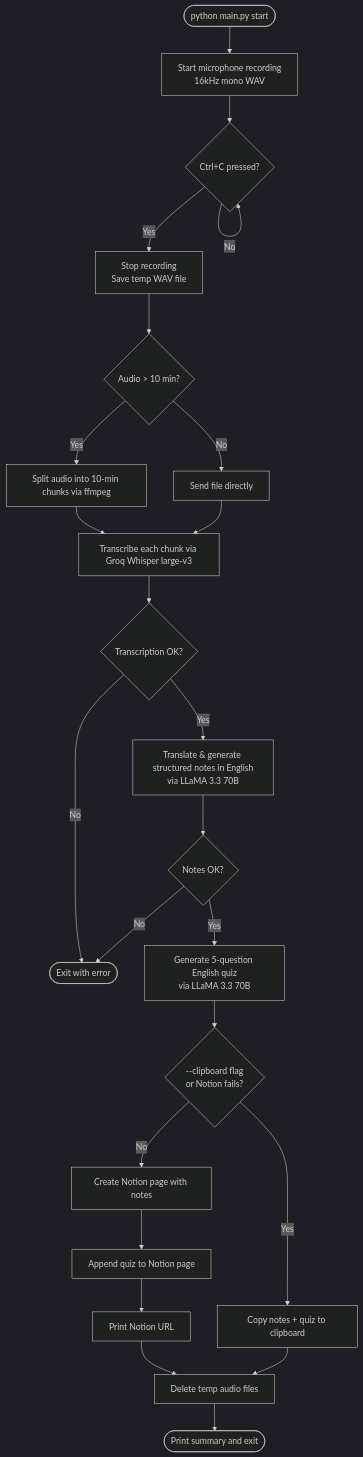
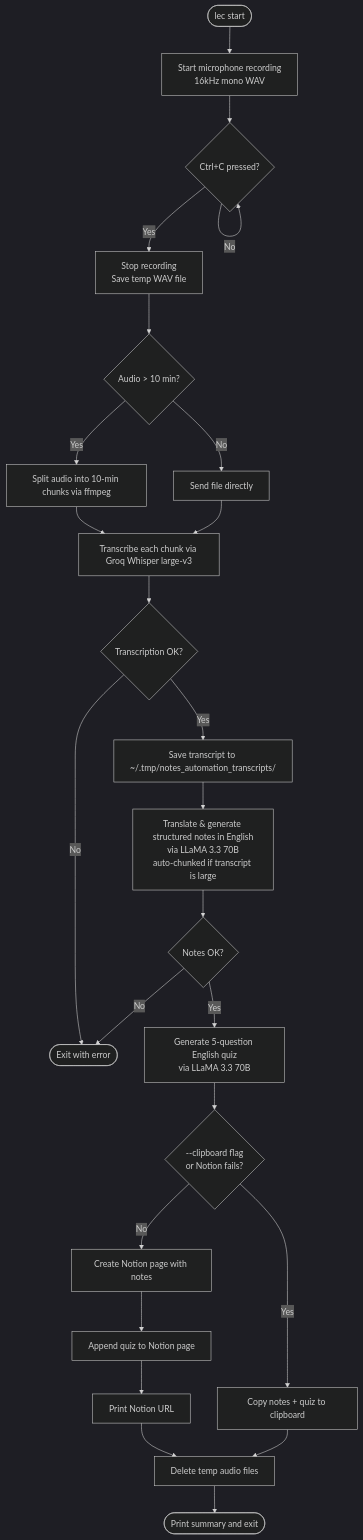
Before and after one commit to Daksh-create349/Notes-Automation: the diagram in README.md, drawn with Mermaid (dark theme). The commit also changed other lines of this file and 7 other files, not shown here.

````diff
--- a/README.md
+++ b/README.md
@@ -24,26 +36,27 @@
 ```mermaid
 flowchart TD
-    A([python main.py start]) --> B[Start microphone recording\n16kHz mono WAV]
+    A([lec start]) --> B[Start microphone recording\n16kHz mono WAV]
     B --> C{Ctrl+C pressed?}
     C -- No --> C
     C -- Yes --> D[Stop recording\nSave temp WAV file]
     D --> E{Audio > 10 min?}
     E -- Yes --> F[Split audio into 10-min chunks via ffmpeg]
     E -- No --> G[Send file directly]
     F --> H[Transcribe each chunk via Groq Whisper large-v3]
     G --> H
     H --> I{Transcription OK?}
     I -- No --> Z([Exit with error])
-    I -- Yes --> J[Translate & generate structured notes in English\nvia LLaMA 3.3 70B]
+    I -- Yes --> SAVE[Save transcript to ~/.tmp/notes_automation_transcripts/]
+    SAVE --> J[Translate & generate structured notes in English\nvia LLaMA 3.3 70B\nauto-chunked if transcript is large]
     J --> K{Notes OK?}
     K -- No --> Z
     K -- Yes --> L[Generate 5-question English quiz\nvia LLaMA 3.3 70B]
     L --> M{--clipboard flag\nor Notion fails?}
     M -- No --> N[Create Notion page with notes]
     N --> O[Append quiz to Notion page]
     O --> P[Print Notion URL]
     M -- Yes --> Q[Copy notes + quiz to clipboard]
     P --> R[Delete temp audio files]
     Q --> R
     R --> S([Print summary and exit])
 ```
````
